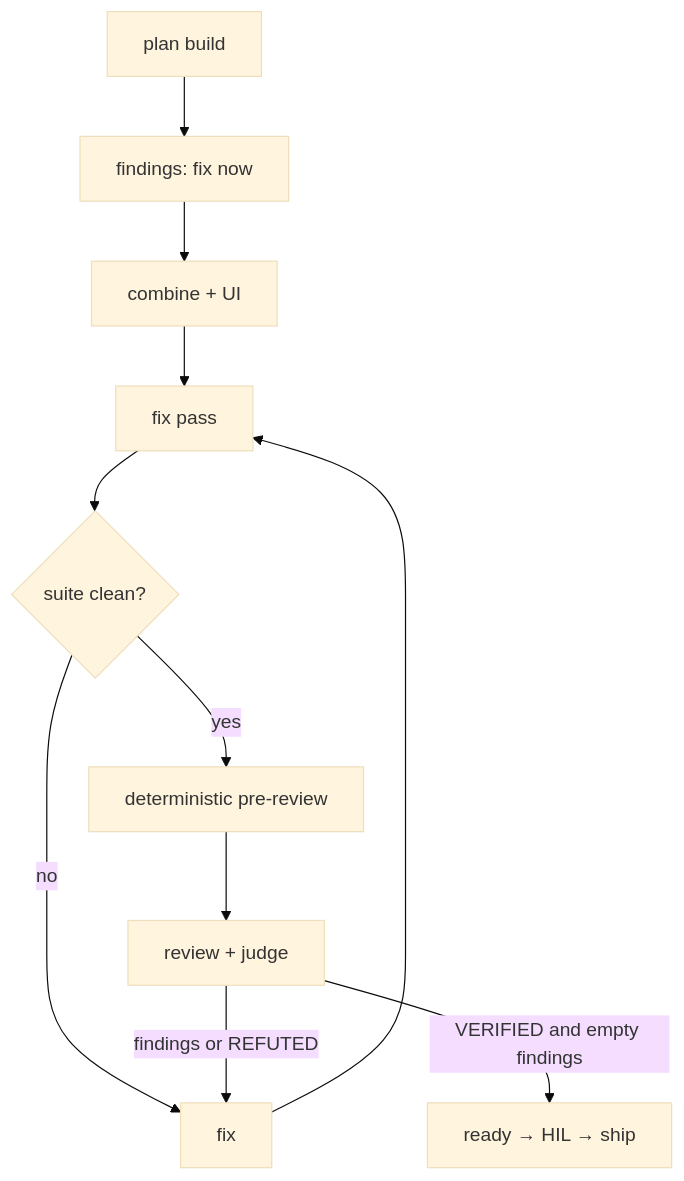
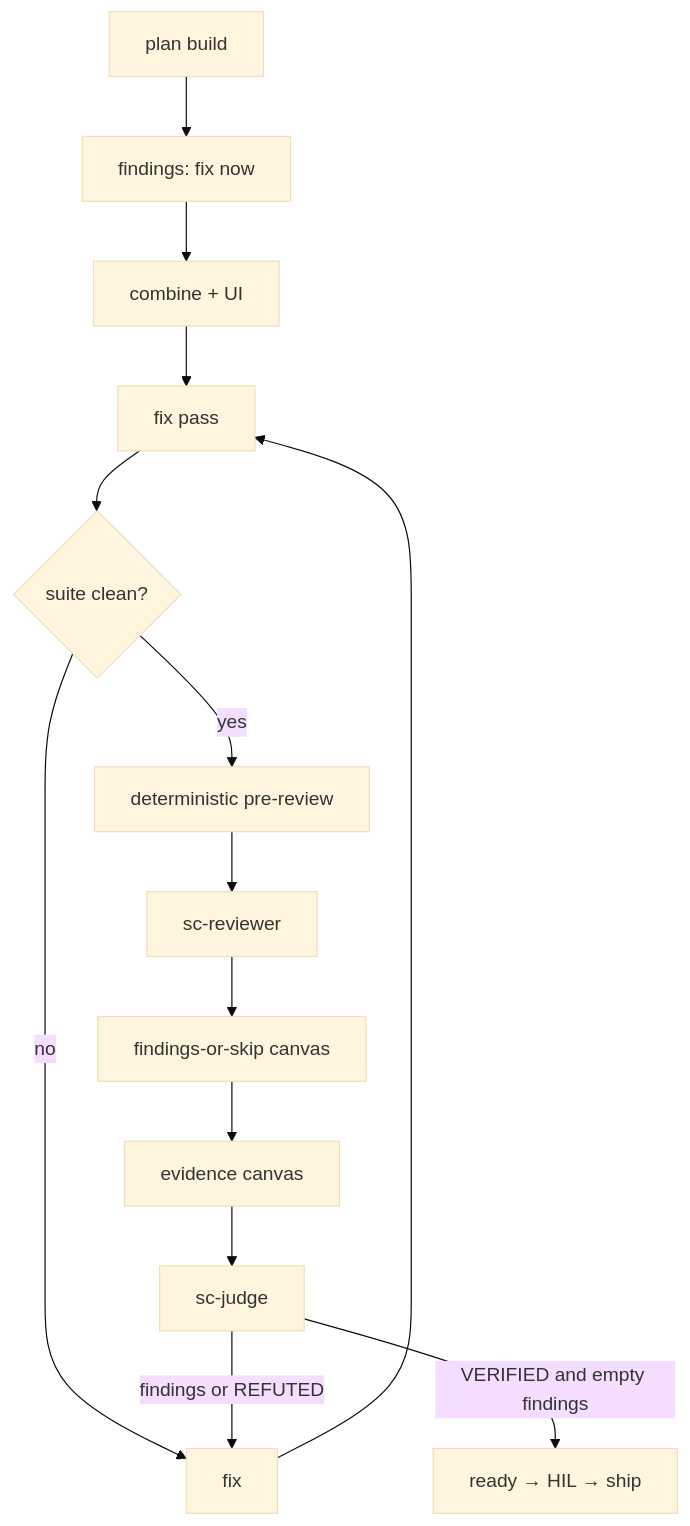
Before and after one commit to xiivthx/spacecraft: the diagram in .cursor/skills/sc-run/SKILL.md, drawn with Mermaid (base theme). The commit also changed other lines of this file and 8 other files, not shown here.

First line of the commit message:
docs: require canvas milestones for plan findings evidence

````diff
--- a/.cursor/skills/sc-run/SKILL.md
+++ b/.cursor/skills/sc-run/SKILL.md
@@ -90,13 +113,16 @@
 ```mermaid
 flowchart TD
   A["plan build"] --> B["findings: fix now"]
   B --> C["combine + UI"]
   C --> D["fix pass"]
   D --> E{"suite clean?"}
   E -->|no| F["fix"]
   F --> D
   E -->|yes| P["deterministic pre-review"]
-  P --> J["review + judge"]
+  P --> R["sc-reviewer"]
+  R --> CF["findings-or-skip canvas"]
+  CF --> CE["evidence canvas"]
+  CE --> J["sc-judge"]
   J -->|findings or REFUTED| F
   J -->|VERIFIED and empty findings| K["ready → HIL → ship"]
 ```
````
